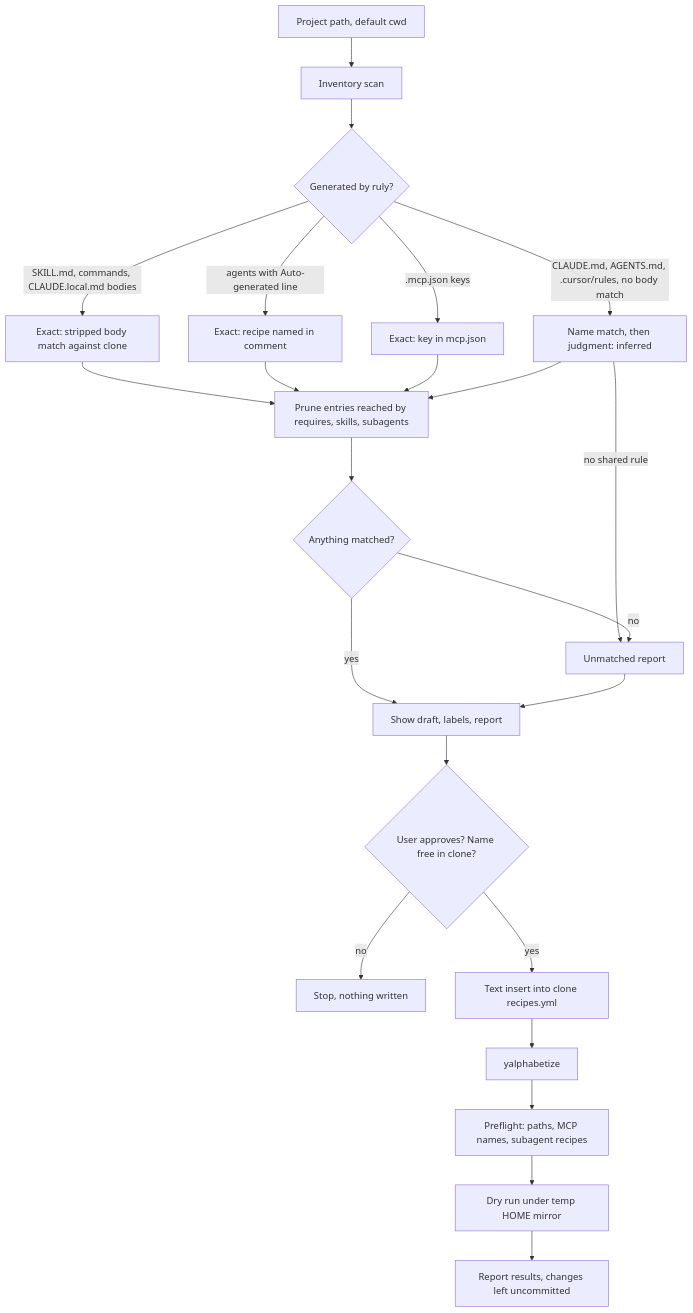
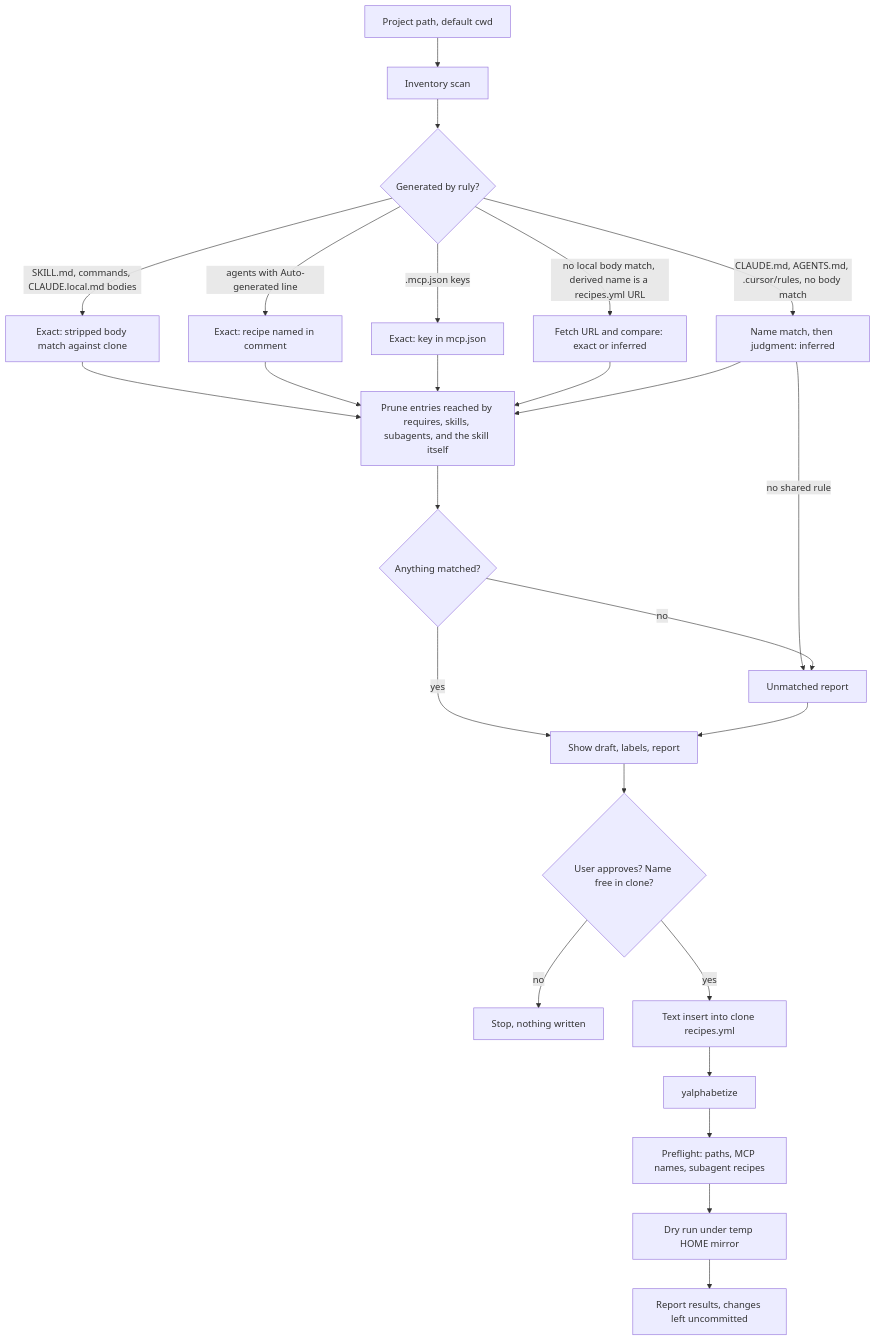
Before and after one commit to patrickclery/ruly: the diagram in .planning/phases/08-project-to-recipe-generator-skill/08-RESEARCH.md, drawn with Mermaid. The commit also changed other lines of this file, not shown here.

Commit message:
docs(08): re-verify research for the URL-sourced skill

````diff
--- a/.planning/phases/08-project-to-recipe-generator-skill/08-RESEARCH.md
+++ b/.planning/phases/08-project-to-recipe-generator-skill/08-RESEARCH.md
@@ -370,25 +578,27 @@
 ```mermaid
 flowchart TD
     A[Project path, default cwd] --> B[Inventory scan]
     B --> C{Generated by ruly?}
     C -->|SKILL.md, commands, CLAUDE.local.md bodies| D[Exact: stripped body match against clone]
     C -->|agents with Auto-generated line| E[Exact: recipe named in comment]
     C -->|.mcp.json keys| F[Exact: key in mcp.json]
+    C -->|no local body match, derived name is a recipes.yml URL| U[Fetch URL and compare: exact or inferred]
     C -->|CLAUDE.md, AGENTS.md, .cursor/rules, no body match| G[Name match, then judgment: inferred]
-    D --> H[Prune entries reached by requires, skills, subagents]
+    D --> H[Prune entries reached by requires, skills, subagents, and the skill itself]
     E --> H
     F --> H
+    U --> H
     G --> H
     G -->|no shared rule| R[Unmatched report]
     H --> I{Anything matched?}
     I -->|no| R
     I -->|yes| J[Show draft, labels, report]
     R --> J
     J --> K{User approves? Name free in clone?}
     K -->|no| Z[Stop, nothing written]
     K -->|yes| L[Text insert into clone recipes.yml]
     L --> M[yalphabetize]
     M --> N[Preflight: paths, MCP names, subagent recipes]
     N --> O[Dry run under temp HOME mirror]
     O --> P[Report results, changes left uncommitted]
 ```
````
